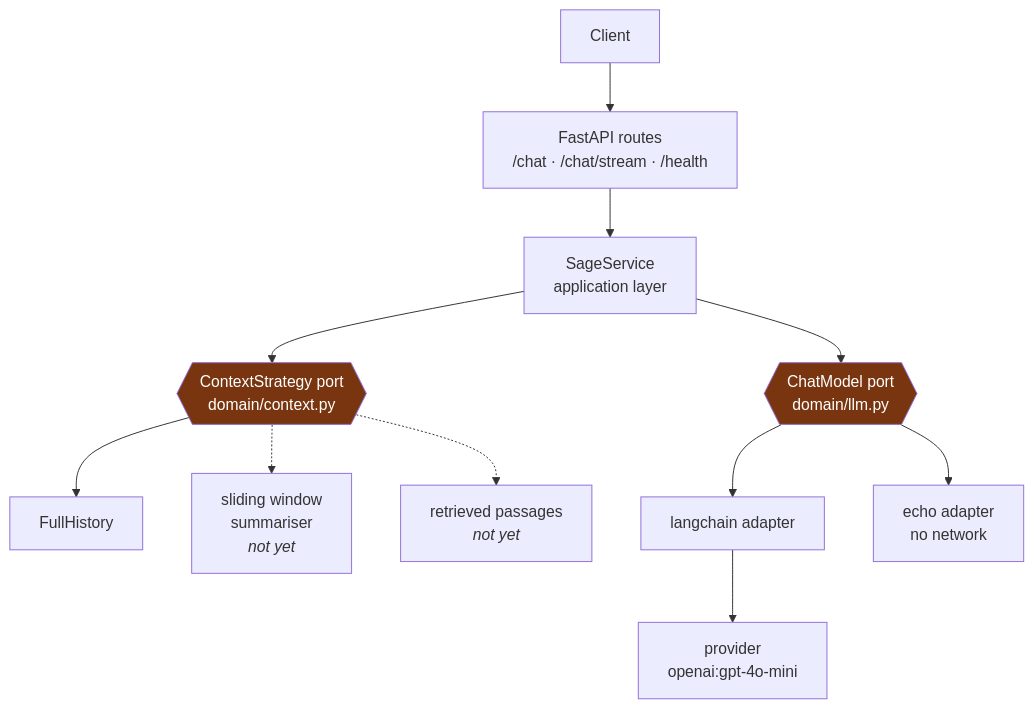
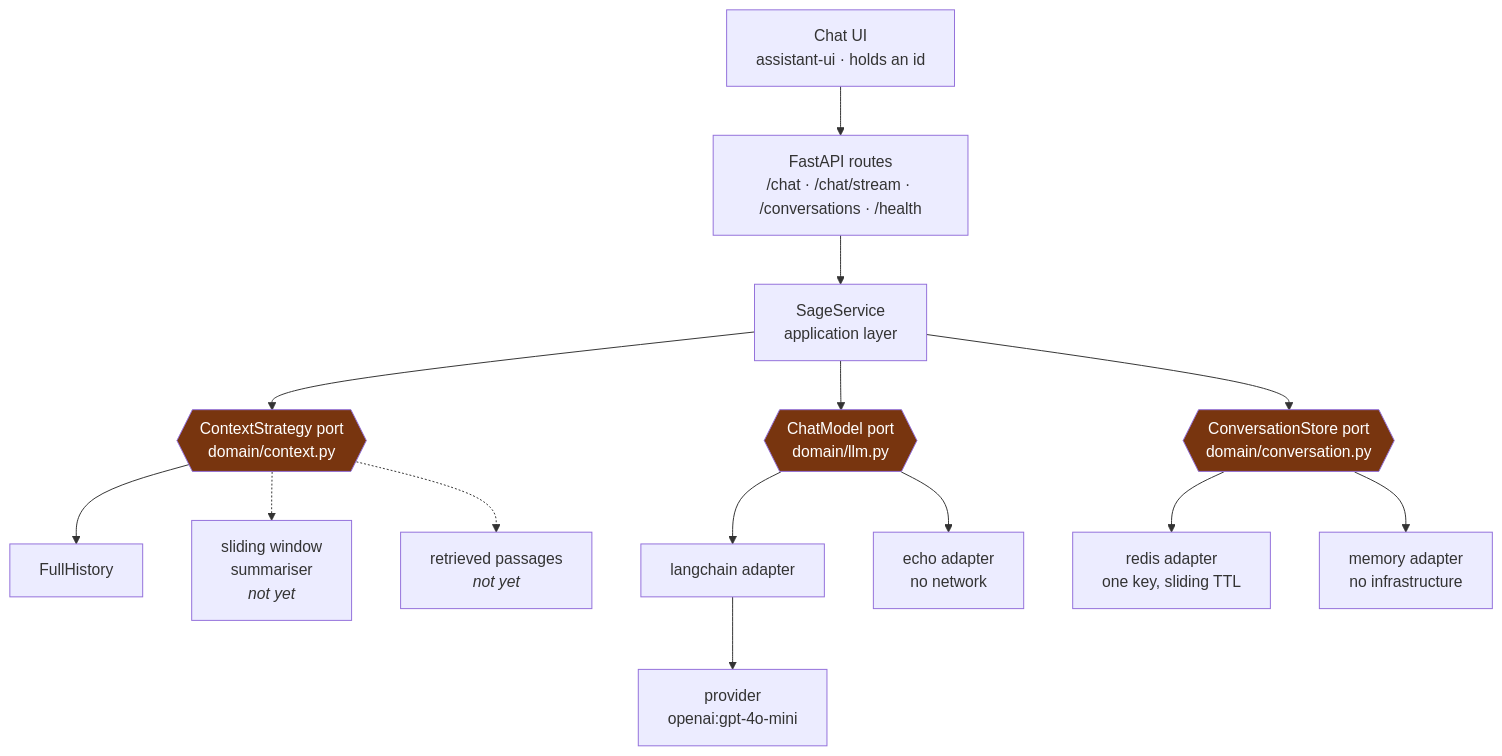
Before and after one commit to awaisshahid965/sage: the diagram in README.md, drawn with Mermaid. The commit also changed other lines of this file and 23 other files, not shown here.

First line of the commit message:
feat: keep conversations server-side so the client cannot rewrite them

````diff
--- a/README.md
+++ b/README.md
@@ -28,18 +28,23 @@
 ```mermaid
 flowchart TB
-    C["Client"] --> API["FastAPI routes<br/>/chat · /chat/stream · /health"]
+    UI["Chat UI<br/>assistant-ui · holds an id"] --> API["FastAPI routes<br/>/chat · /chat/stream · /conversations · /health"]
     API --> SVC["SageService<br/>application layer"]
 
     SVC --> CTX{{"ContextStrategy port<br/>domain/context.py"}}
     CTX --> FH["FullHistory"]
     CTX -.-> SW["sliding window<br/>summariser<br/><i>not yet</i>"]
     CTX -.-> RP["retrieved passages<br/><i>not yet</i>"]
 
     SVC --> PORT{{"ChatModel port<br/>domain/llm.py"}}
     PORT --> LC["langchain adapter"]
     PORT --> EC["echo adapter<br/>no network"]
     LC --> P["provider<br/>openai:gpt-4o-mini"]
 
+    SVC --> STORE{{"ConversationStore port<br/>domain/conversation.py"}}
+    STORE --> RD["redis adapter<br/>one key, sliding TTL"]
+    STORE --> MEM["memory adapter<br/>no infrastructure"]
+
     style PORT fill:#78350f,color:#fff
     style CTX fill:#78350f,color:#fff
+    style STORE fill:#78350f,color:#fff
 ```
````
